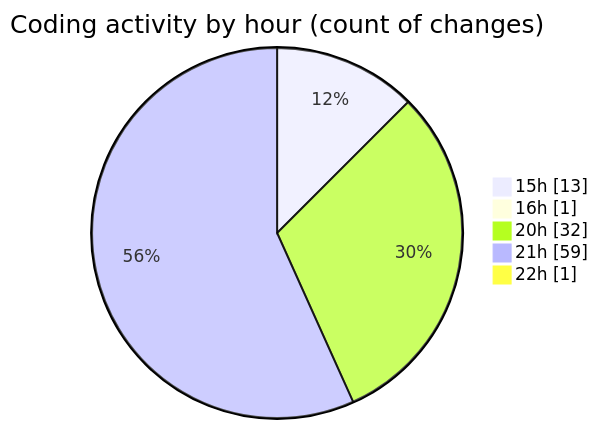
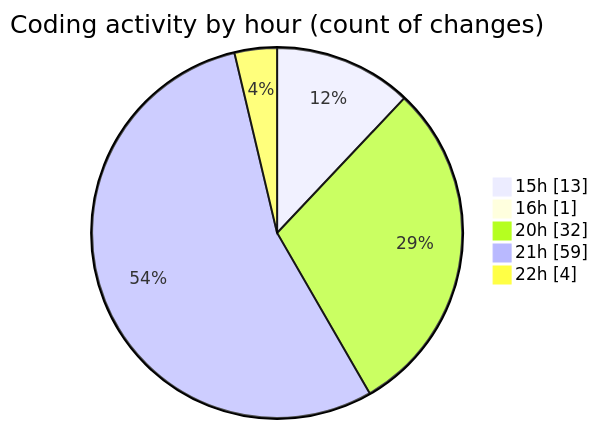
The second of 2 diagrams in 2025-07-17/ribbon/README.md (EIIisD/code-tracking), drawn with Mermaid before and after one commit. The commit also changed other lines of this file and 1 other file, not shown here.

````diff
--- a/2025-07-17/ribbon/README.md
+++ b/2025-07-17/ribbon/README.md
@@ -68,9 +68,9 @@
 ```mermaid
 pie showData
 title Coding activity by hour (count of changes)
 "15h" : 13
 "16h" : 1
 "20h" : 32
 "21h" : 59
-"22h" : 1
+"22h" : 4
 ```
````
